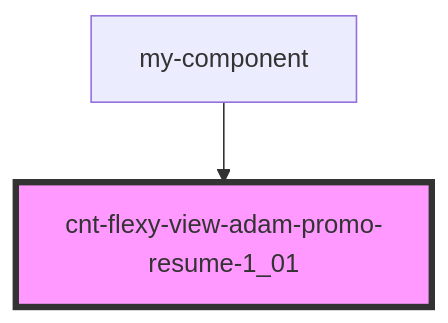
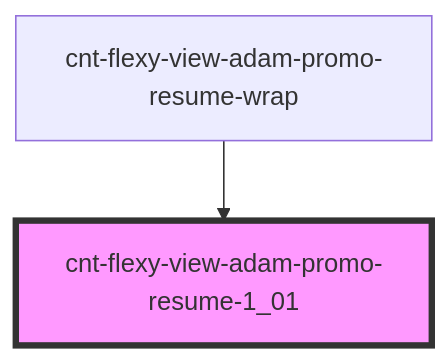
The diagram in src/components/cnt-flexy-view-adam-promo-resume-wrapper/res/view/cnt-flexy-view-adam-promo-resume-wrap/res/view/cnt-flexy-view-adam-promo-resume/readme.md (almalib/s-promo), drawn with Mermaid before and after one commit. The commit also changed other lines of this file and 134 other files, not shown here.

````diff
--- a/src/components/cnt-flexy-view-adam-promo-resume-wrapper/res/view/cnt-flexy-view-adam-promo-resume-wrap/res/view/cnt-flexy-view-adam-promo-resume/readme.md
+++ b/src/components/cnt-flexy-view-adam-promo-resume-wrapper/res/view/cnt-flexy-view-adam-promo-resume-wrap/res/view/cnt-flexy-view-adam-promo-resume/readme.md
@@ -22,5 +22,5 @@
 ```mermaid
 graph TD;
-  my-component --> cnt-flexy-view-adam-promo-resume-1_01
+  cnt-flexy-view-adam-promo-resume-wrap --> cnt-flexy-view-adam-promo-resume-1_01
   style cnt-flexy-view-adam-promo-resume-1_01 fill:#f9f,stroke:#333,stroke-width:4px
 ```
````
